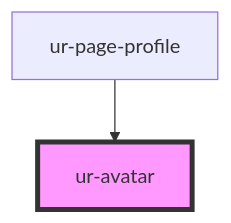
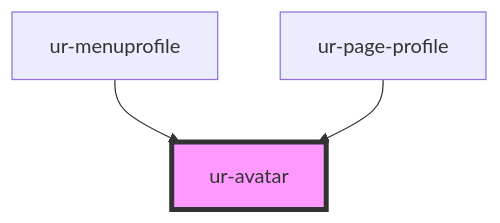
Before and after one commit to hellish/urnovl-web-components: the diagram in src/components/ur-avatar/readme.md, drawn with Mermaid. The commit also changed other lines of this file and 18 other files, not shown here.

````diff
--- a/src/components/ur-avatar/readme.md
+++ b/src/components/ur-avatar/readme.md
@@ -26,5 +27,6 @@
 ```mermaid
 graph TD;
+  ur-menuprofile --> ur-avatar
   ur-page-profile --> ur-avatar
   style ur-avatar fill:#f9f,stroke:#333,stroke-width:4px
 ```
````
